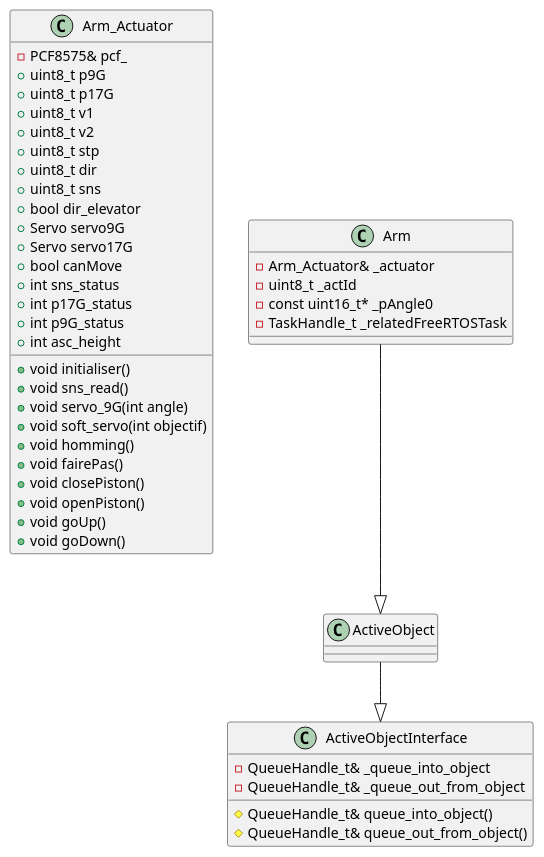
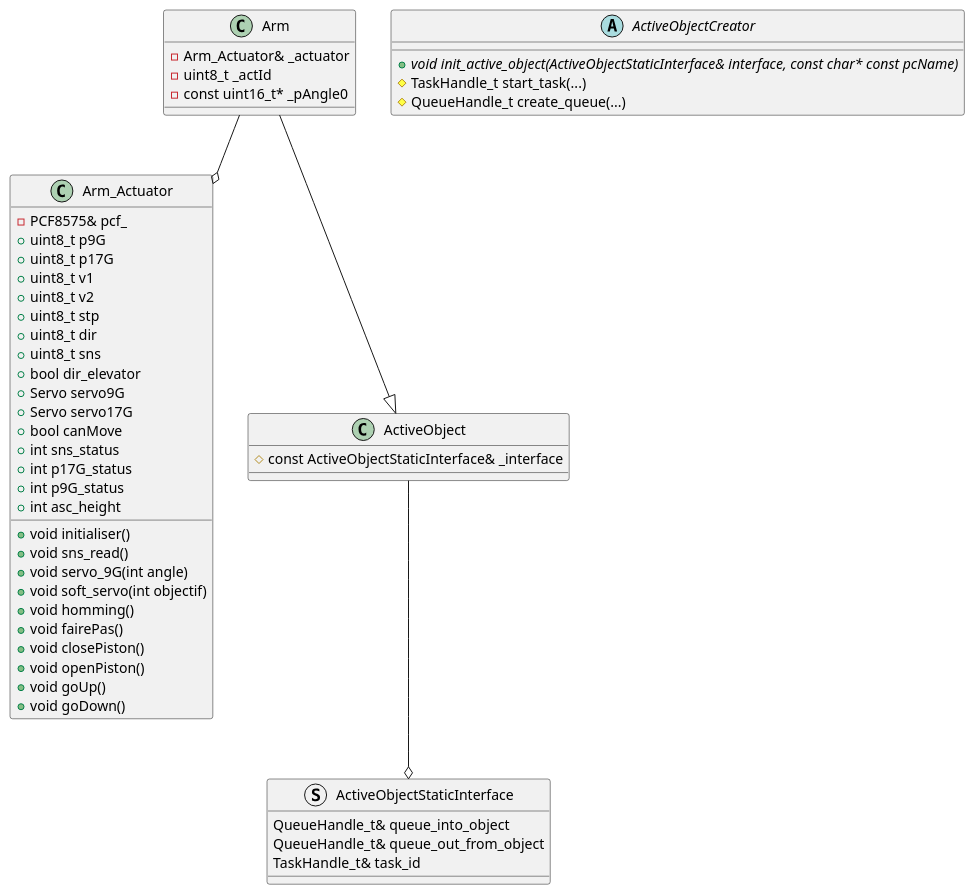
Before and after one commit to eirbot/stk_robot: the diagram in embedded/docs/arch.puml, drawn with PlantUML. The commit also changed 4 other files, not shown here.

Commit message:
feat: freertos-suitable architecture

```diff
--- a/embedded/docs/arch.puml
+++ b/embedded/docs/arch.puml
@@ -1,52 +1,60 @@
 @startuml
 class Arm_Actuator {
 	+ void initialiser()
 	+ void sns_read()
 	+ void servo_9G(int angle)
 	+ void soft_servo(int objectif)
 	+ void homming()
 	+ void fairePas()
 	+ void closePiston()
 	+ void openPiston()
 	+ void goUp()
 	+ void goDown()
 
 	- PCF8575& pcf_
 	+ uint8_t p9G
 	+ uint8_t p17G
 	+ uint8_t v1
 	+ uint8_t v2
 	+ uint8_t stp
 	+ uint8_t dir
 	+ uint8_t sns
 	+ bool dir_elevator
 	+ Servo servo9G
 	+ Servo servo17G
 	+ bool canMove
 	+ int sns_status
 	+ int p17G_status
 	+ int p9G_status
 	+ int asc_height
 }
 
-class ActiveObjectInterface {
-	- QueueHandle_t& _queue_into_object
-	- QueueHandle_t& _queue_out_from_object
-
-	# QueueHandle_t& queue_into_object()
-	# QueueHandle_t& queue_out_from_object()
+struct ActiveObjectStaticInterface {
+	QueueHandle_t& queue_into_object
+	QueueHandle_t& queue_out_from_object
+	TaskHandle_t& task_id
 }
 
-class ActiveObject
-ActiveObject --|> ActiveObjectInterface
+class ActiveObject {
+	# const ActiveObjectStaticInterface& _interface
+}
+
+ActiveObject --o ActiveObjectStaticInterface
 
 class Arm {
 	- Arm_Actuator& _actuator
 	- uint8_t _actId
 	- const uint16_t* _pAngle0
-	- TaskHandle_t _relatedFreeRTOSTask
 }
+
+Arm --o Arm_Actuator
 
 Arm --|> ActiveObject
 
+abstract class ActiveObjectCreator {
+    + {abstract} void init_active_object(ActiveObjectStaticInterface& interface, const char* const pcName) 
+	# TaskHandle_t start_task(...)
+	# QueueHandle_t create_queue(...)
+}
+
 @enduml
```
